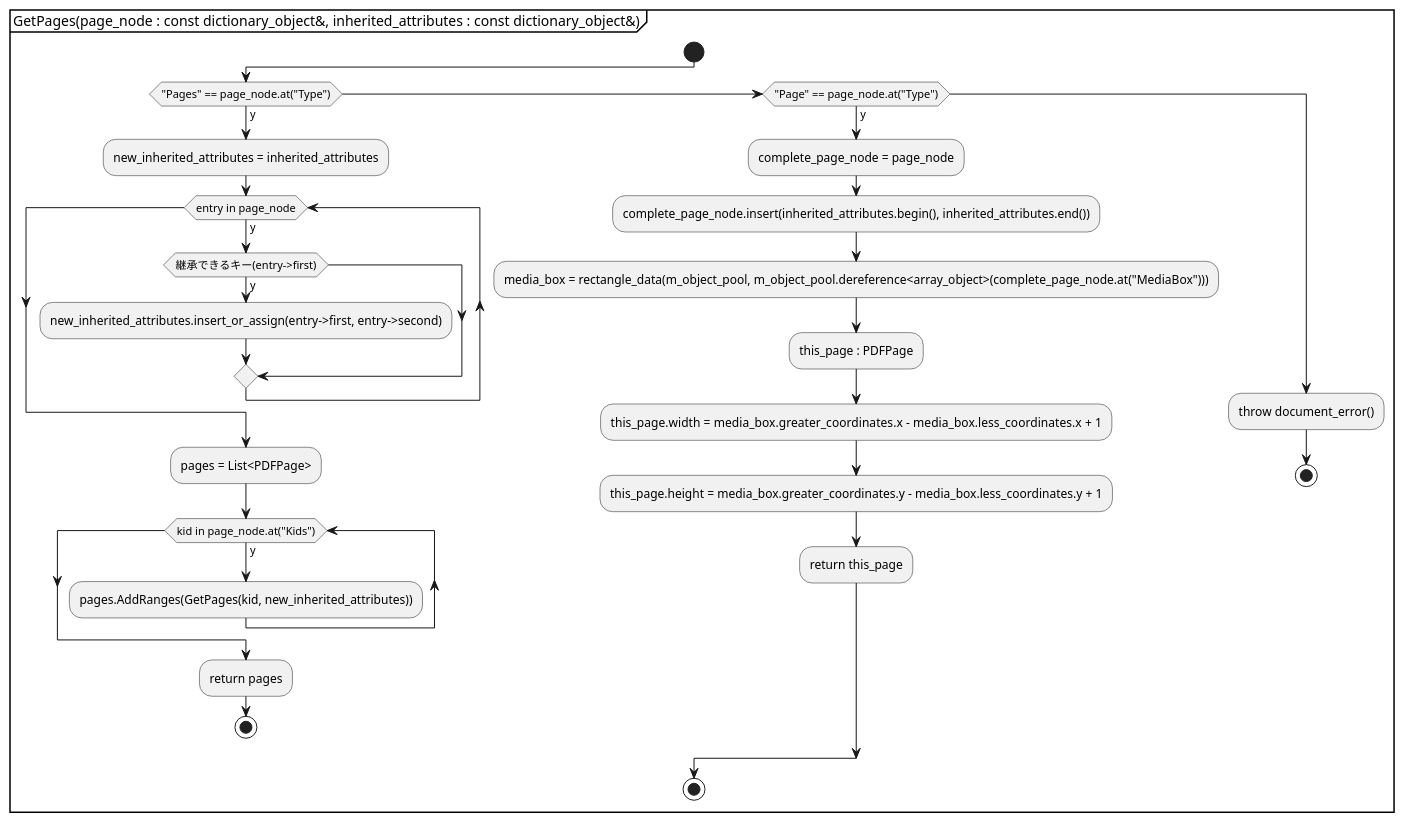
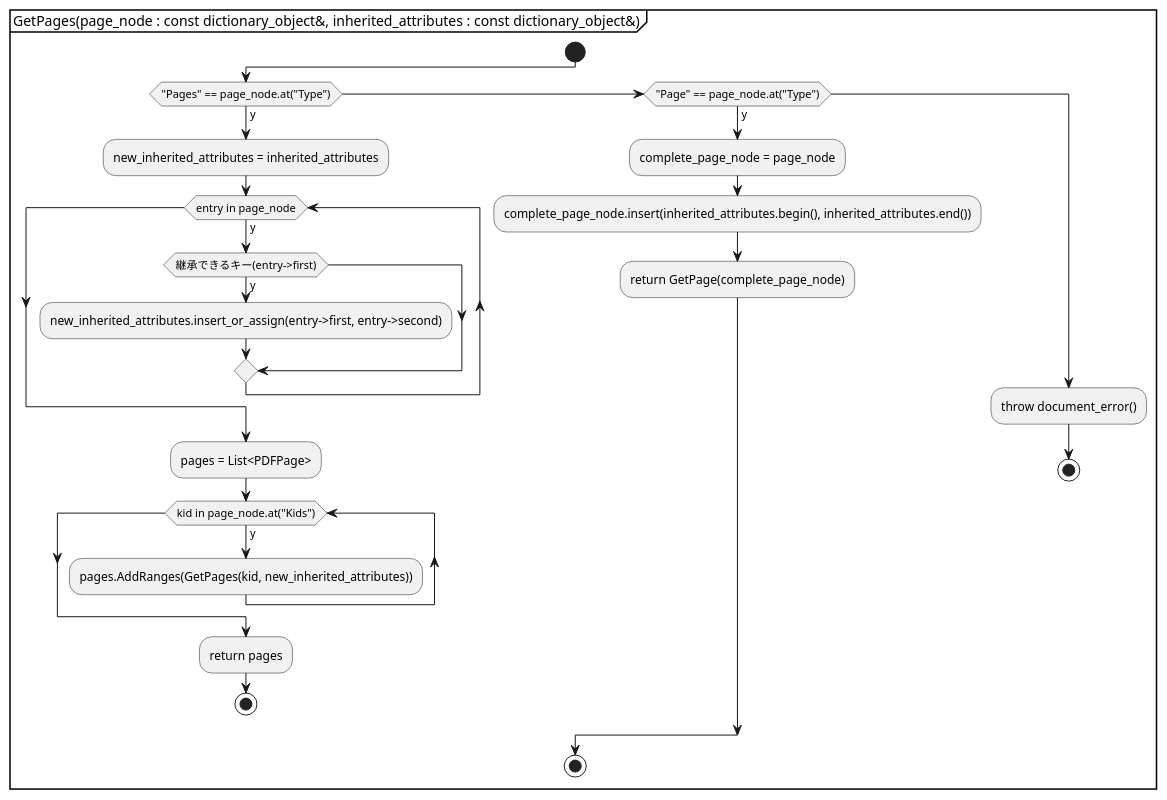
Before and after one commit to KodaiYM/PDFReader: the third of 5 diagrams in document/document_parser.activity.pu, drawn with PlantUML. The commit also changed other lines of this file and 2 other files, not shown here.

```diff
--- a/document/document_parser.activity.pu
+++ b/document/document_parser.activity.pu
@@ -20,34 +20,30 @@
 @startuml GetPages_recursive
 partition "GetPages(page_node : const dictionary_object&, inherited_attributes : const dictionary_object&)" {
 start
 	if ("Pages" == page_node.at("Type")) then (y)
 		:new_inherited_attributes = inherited_attributes;
 		while (entry in page_node) is (y)
 			' Resources, MediaBox, CropBox, Rotate
 			if (継承できるキー(entry->first)) then (y)
 				:new_inherited_attributes.insert_or_assign(entry->first, entry->second);
 			endif
 		endwhile
 
 		:pages = List<PDFPage>;
 		while (kid in page_node.at("Kids")) is (y)
 			:pages.AddRanges(GetPages(kid, new_inherited_attributes));
 		endwhile
 		:return pages;
 		stop
 	elseif ("Page" == page_node.at("Type")) then (y)
 		:complete_page_node = page_node;
 		:complete_page_node.insert(inherited_attributes.begin(), inherited_attributes.end());
 
-		:media_box = rectangle_data(m_object_pool, m_object_pool.dereference<array_object>(complete_page_node.at("MediaBox")));
-		:this_page : PDFPage;
-		:this_page.width  = media_box.greater_coordinates.x - media_box.less_coordinates.x + 1;
-		:this_page.height = media_box.greater_coordinates.y - media_box.less_coordinates.y + 1;
-		:return this_page;
+		:return GetPage(complete_page_node);
 	else
 		:throw document_error();
 		stop
 	endif
 stop
 }
 @enduml
```
